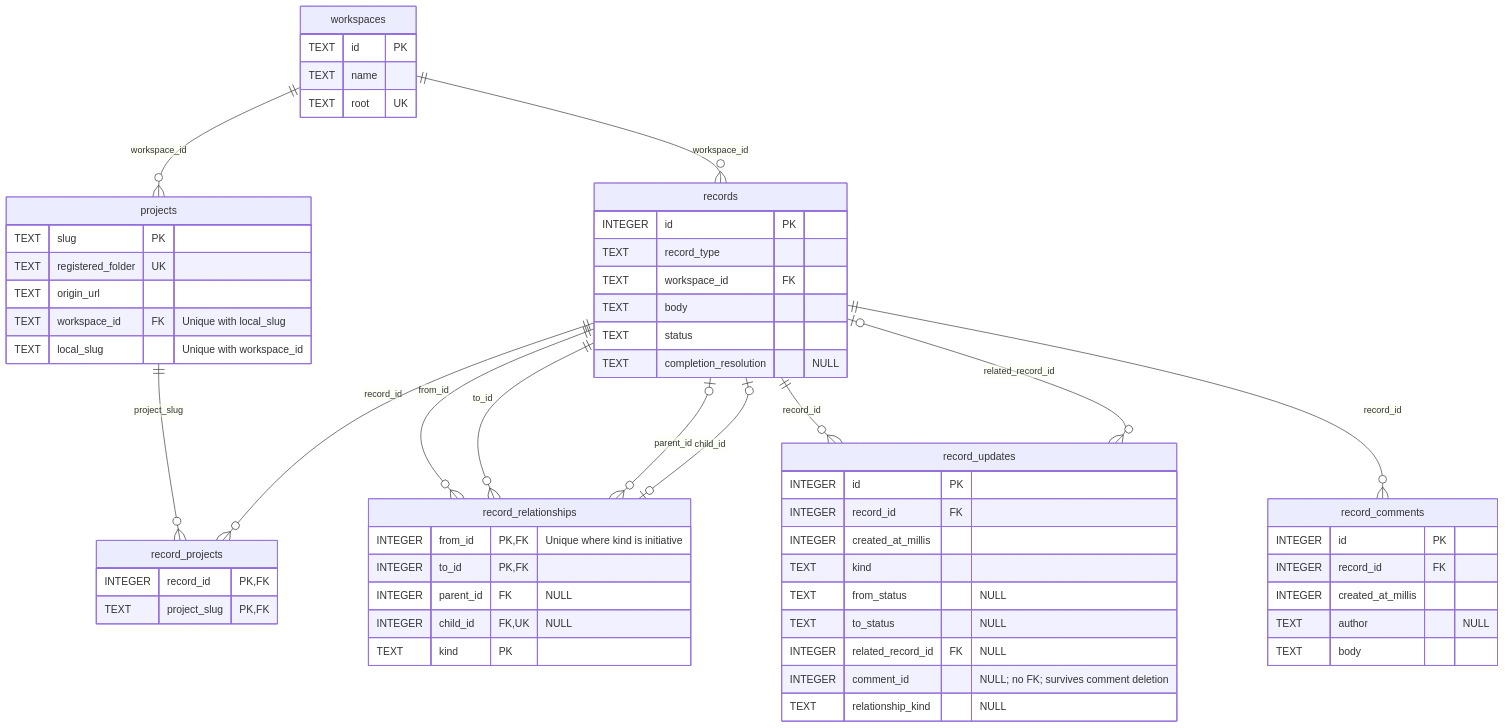
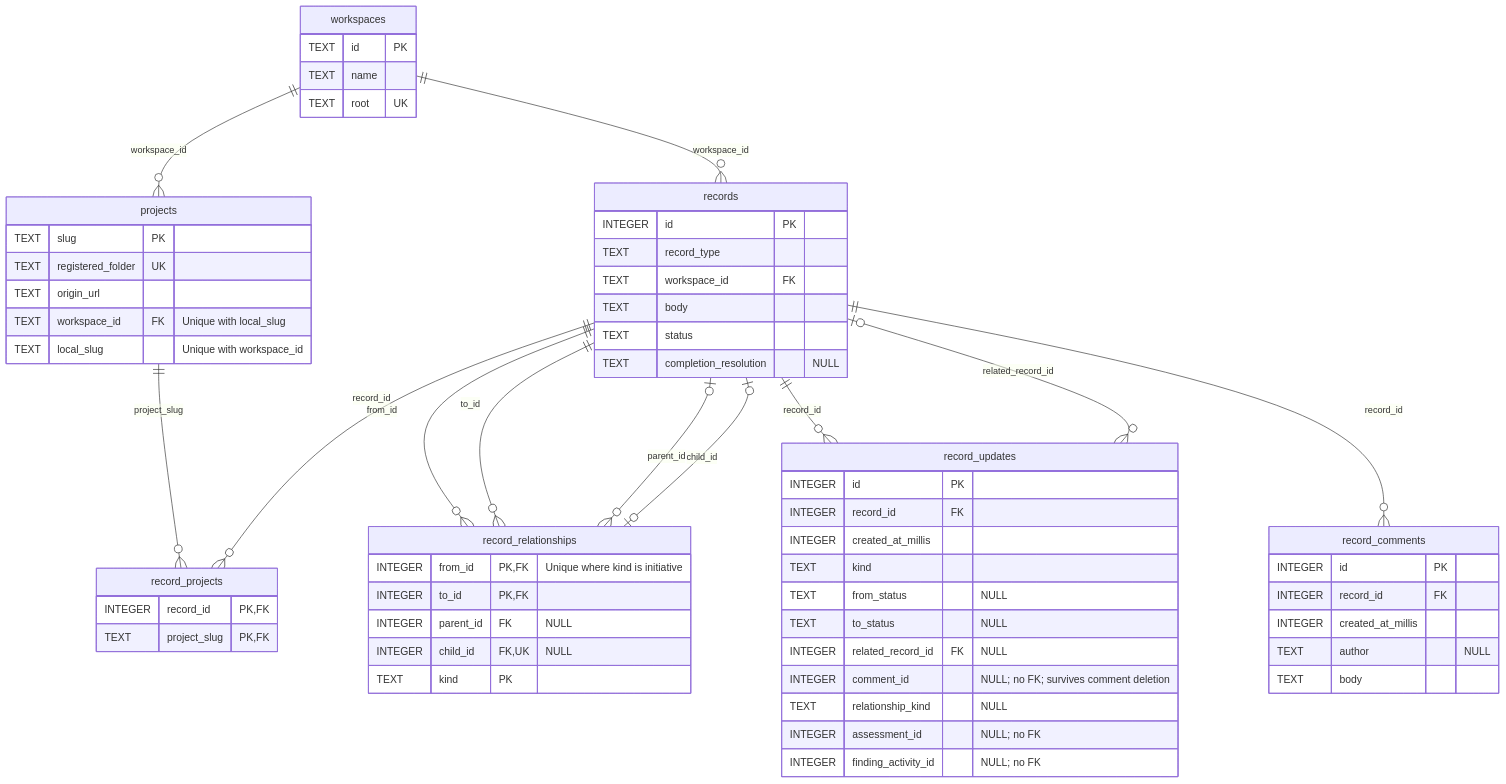
Before and after one commit to albizures/forge: the first of 4 diagrams in crates/store/README.md, drawn with Mermaid. The commit also changed other lines of this file and 1 other file, not shown here.

````diff
--- a/crates/store/README.md
+++ b/crates/store/README.md
@@ -59,64 +64,66 @@
 ```mermaid
 erDiagram
     workspaces {
         TEXT id PK
         TEXT name
         TEXT root UK
     }
     projects {
         TEXT slug PK
         TEXT registered_folder UK
         TEXT origin_url
         TEXT workspace_id FK "Unique with local_slug"
         TEXT local_slug "Unique with workspace_id"
     }
     records {
         INTEGER id PK
         TEXT record_type
         TEXT workspace_id FK
         TEXT body
         TEXT status
         TEXT completion_resolution "NULL"
     }
     record_projects {
         INTEGER record_id PK,FK
         TEXT project_slug PK,FK
     }
     record_relationships {
         INTEGER from_id PK,FK "Unique where kind is initiative"
         INTEGER to_id PK,FK
         INTEGER parent_id FK "NULL"
         INTEGER child_id FK,UK "NULL"
         TEXT kind PK
     }
     record_updates {
         INTEGER id PK
         INTEGER record_id FK
         INTEGER created_at_millis
         TEXT kind
         TEXT from_status "NULL"
         TEXT to_status "NULL"
         INTEGER related_record_id FK "NULL"
         INTEGER comment_id "NULL; no FK; survives comment deletion"
         TEXT relationship_kind "NULL"
+        INTEGER assessment_id "NULL; no FK"
+        INTEGER finding_activity_id "NULL; no FK"
     }
     record_comments {
         INTEGER id PK
         INTEGER record_id FK
         INTEGER created_at_millis
         TEXT author "NULL"
         TEXT body
     }
 
     workspaces ||--o{ projects : workspace_id
     workspaces ||--o{ records : workspace_id
     projects ||--o{ record_projects : project_slug
     records ||--o{ record_projects : record_id
     records ||--o{ record_relationships : from_id
     records ||--o{ record_relationships : to_id
     records o|--o{ record_relationships : parent_id
     records o|--o| record_relationships : child_id
     records ||--o{ record_updates : record_id
     records o|--o{ record_updates : related_record_id
     records ||--o{ record_comments : record_id
 ```
````
